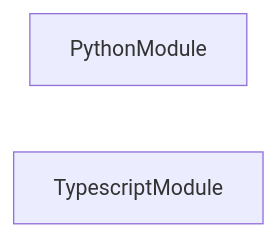
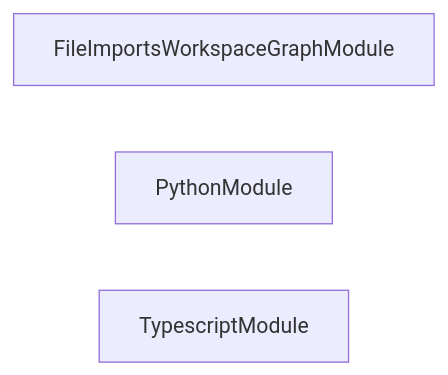
The second of 3 diagrams in packages/codependix-file-imports/README.md (JimmyPaolini/codebase), drawn with Mermaid before and after one commit. The commit also changed other lines of this file and 35 other files, not shown here.

````diff
--- a/packages/codependix-file-imports/README.md
+++ b/packages/codependix-file-imports/README.md
@@ -31,5 +31,6 @@
 ```mermaid
 flowchart LR
+  FileImportsWorkspaceGraphModule
   PythonModule
   TypescriptModule
 ```
````
